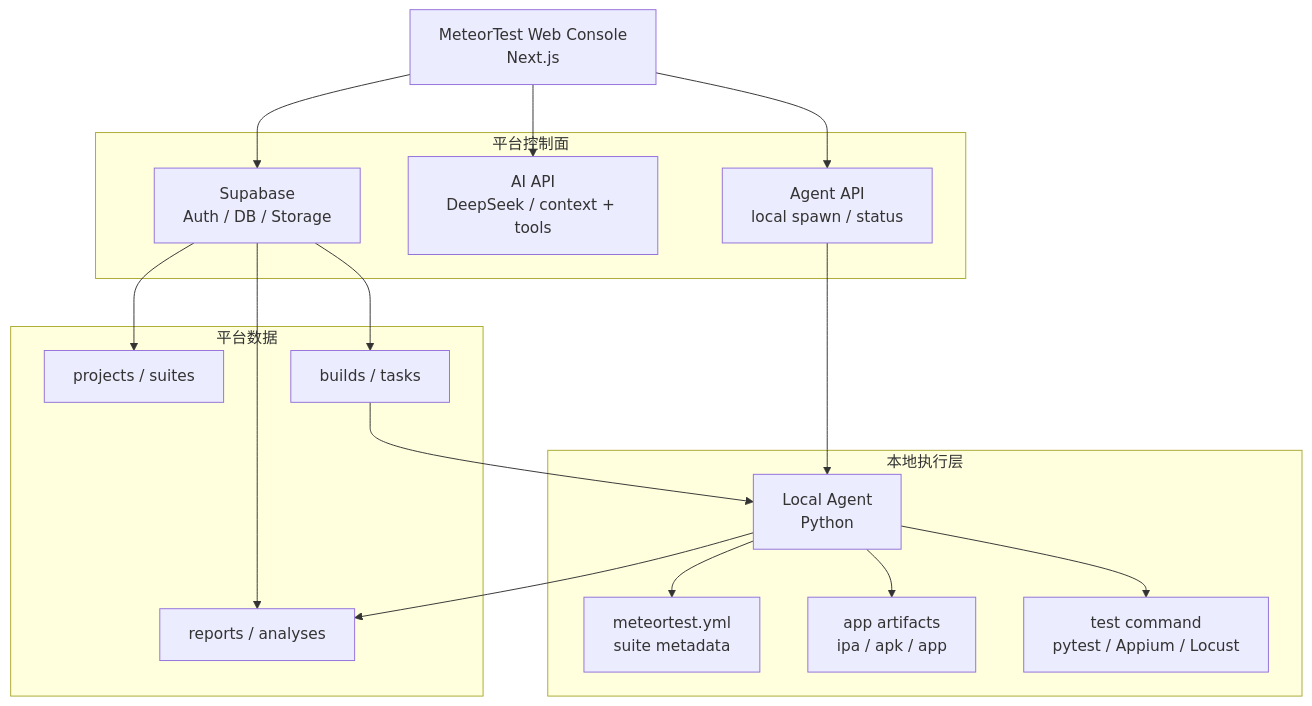
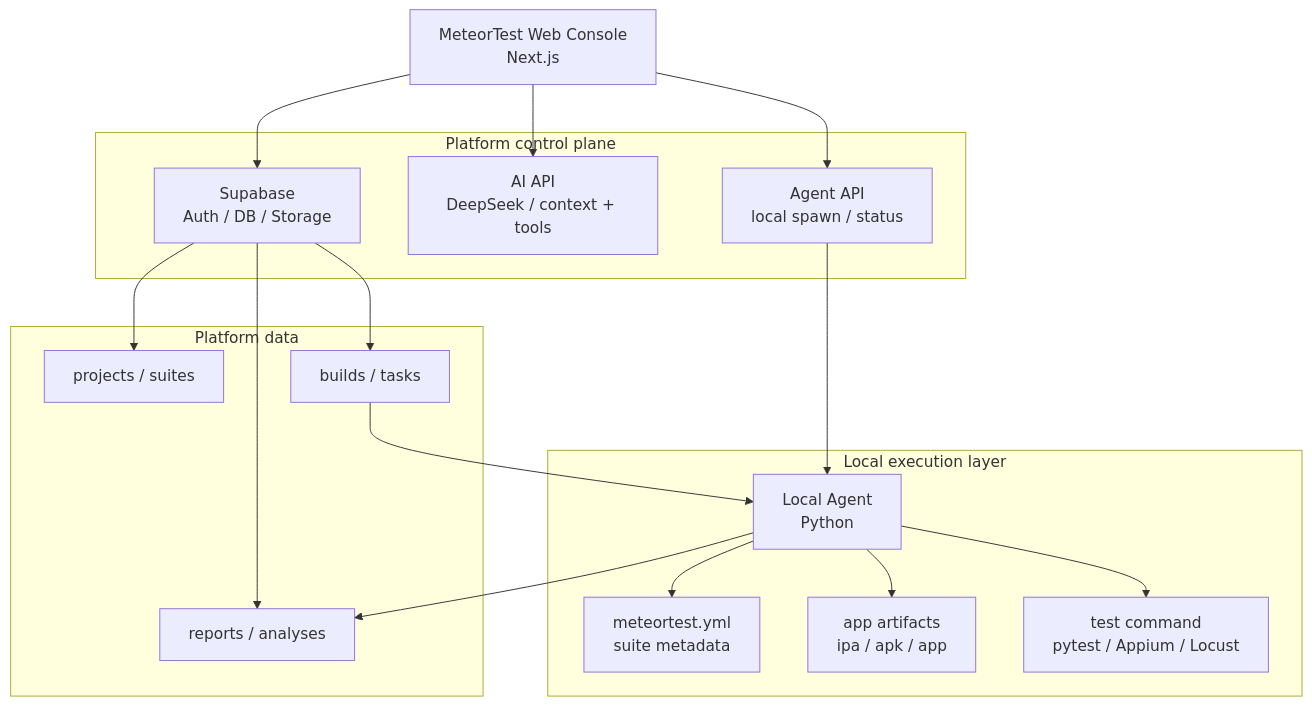
The third of 4 diagrams in README.md (qd1332543/TestPlatform), drawn with Mermaid before and after one commit. The commit also changed other lines of this file and 2 other files, not shown here.

````diff
--- a/README.md
+++ b/README.md
@@ -115,36 +122,36 @@
 ```mermaid
 flowchart TB
     Web[MeteorTest Web Console<br/>Next.js]
 
-    subgraph Platform[平台控制面]
+    subgraph Platform[Platform control plane]
         Supabase[Supabase<br/>Auth / DB / Storage]
         AI[AI API<br/>DeepSeek / context + tools]
         AgentAPI[Agent API<br/>local spawn / status]
     end
 
-    subgraph Data[平台数据]
+    subgraph Data[Platform data]
         Projects[projects / suites]
         Builds[builds / tasks]
         Reports[reports / analyses]
     end
 
-    subgraph Executor[本地执行层]
+    subgraph Executor[Local execution layer]
         LocalAgent[Local Agent<br/>Python]
         Contract[meteortest.yml<br/>suite metadata]
         Artifacts[app artifacts<br/>ipa / apk / app]
         Command[test command<br/>pytest / Appium / Locust]
     end
 
     Web --> Supabase
     Web --> AI
     Web --> AgentAPI
     Supabase --> Projects
     Supabase --> Builds
     Supabase --> Reports
     Builds --> LocalAgent
     AgentAPI --> LocalAgent
     LocalAgent --> Contract
     LocalAgent --> Artifacts
     LocalAgent --> Command
     LocalAgent --> Reports
 ```
````
